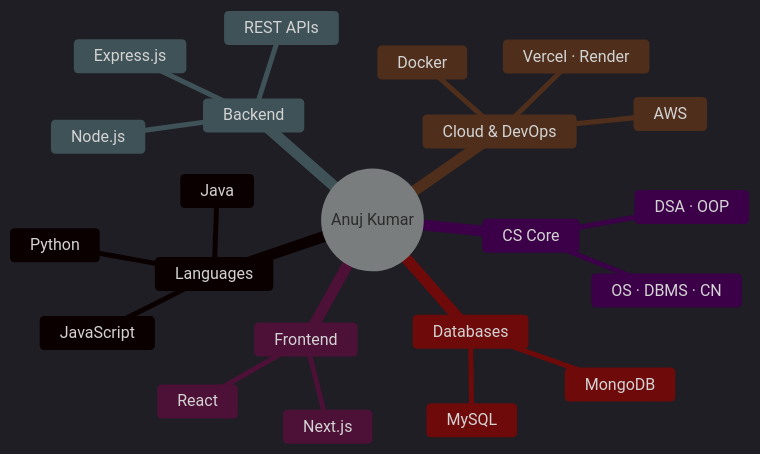
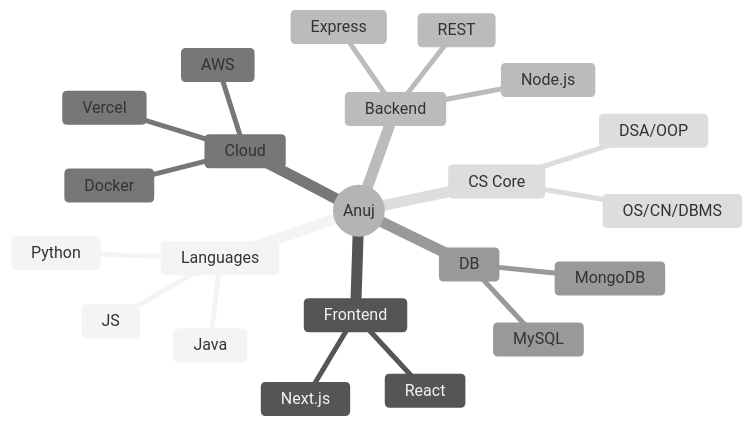
Before and after one commit to Anuj-er/Anuj-er: the first of 2 diagrams in README.md, drawn with Mermaid. The commit also changed other lines of this file, not shown here.

Commit message:
fix: neutral theme, compact mindmap, single-line timeline entries

````diff
--- a/README.md
+++ b/README.md
@@ -66,26 +65,26 @@
 ```mermaid
-%%{init: {'theme': 'dark'}}%%
+%%{init: {'theme': 'neutral'}}%%
 mindmap
-  root((Anuj Kumar))
+  root((Anuj))
     Languages
       Java
       Python
-      JavaScript
+      JS
     Frontend
       React
       Next.js
     Backend
       Node.js
-      Express.js
-      REST APIs
-    Cloud & DevOps
+      Express
+      REST
+    Cloud
       AWS
       Docker
-      Vercel · Render
-    Databases
+      Vercel
+    DB
       MongoDB
       MySQL
     CS Core
-      DSA · OOP
-      OS · DBMS · CN
+      DSA/OOP
+      OS/CN/DBMS
 ```
````
